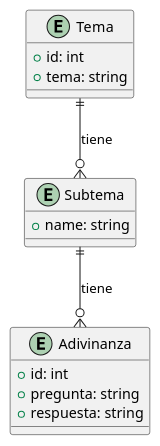
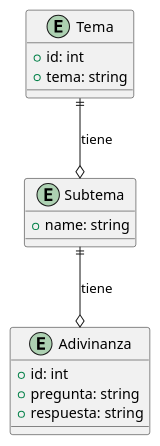
Before and after one commit to cdoaweb/pci-adivimat: the diagram in docs/DiagramaDB.wsd, drawn with PlantUML. The commit also changed 15 other files, not shown here.

```diff
--- a/docs/DiagramaDB.wsd
+++ b/docs/DiagramaDB.wsd
@@ -1,19 +1,21 @@
-@startuml
+@startuml Diagrama entidad relación
+
 entity Tema {
     +id: int
     +tema: string
 }
 
 entity Subtema {
     +name: string
 }
 
 entity Adivinanza {
     +id: int
     +pregunta: string
     +respuesta: string
 }
 
-Tema ||--o{ Subtema : tiene
-Subtema ||--o{ Adivinanza : tiene
+Tema ||--o Subtema : tiene
+Subtema ||--o Adivinanza : tiene
+
 @enduml
```
